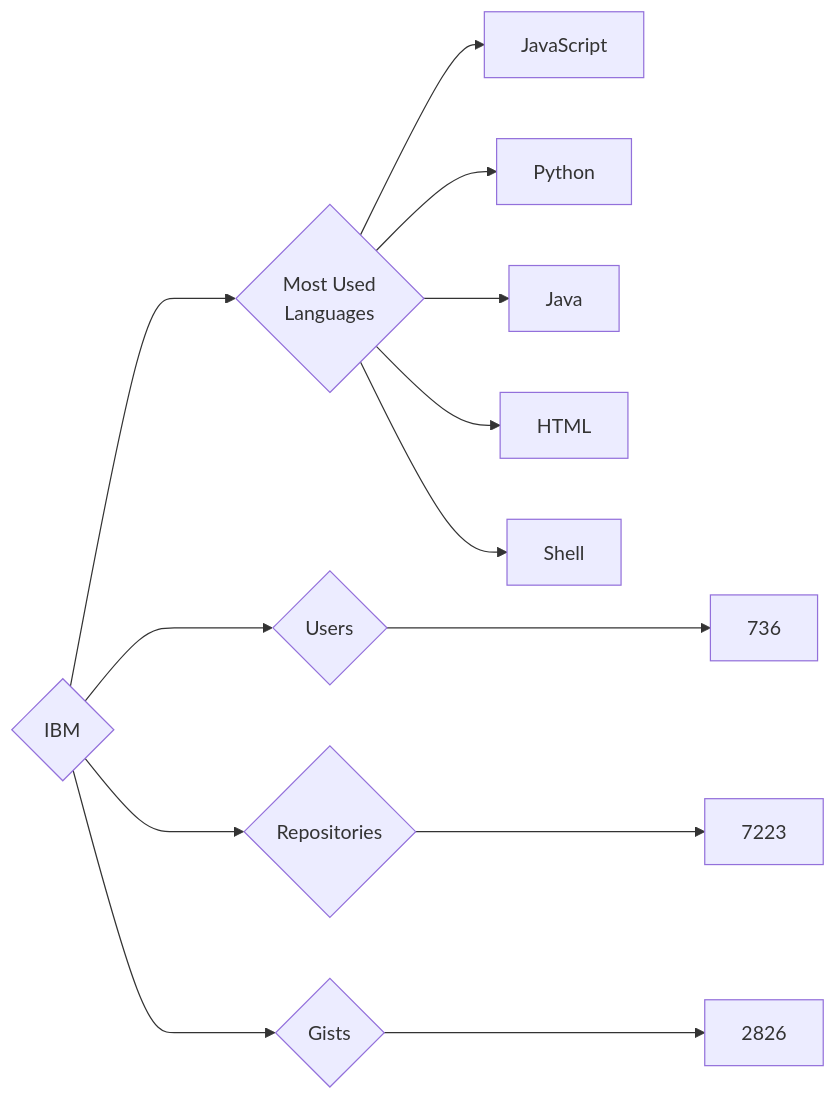
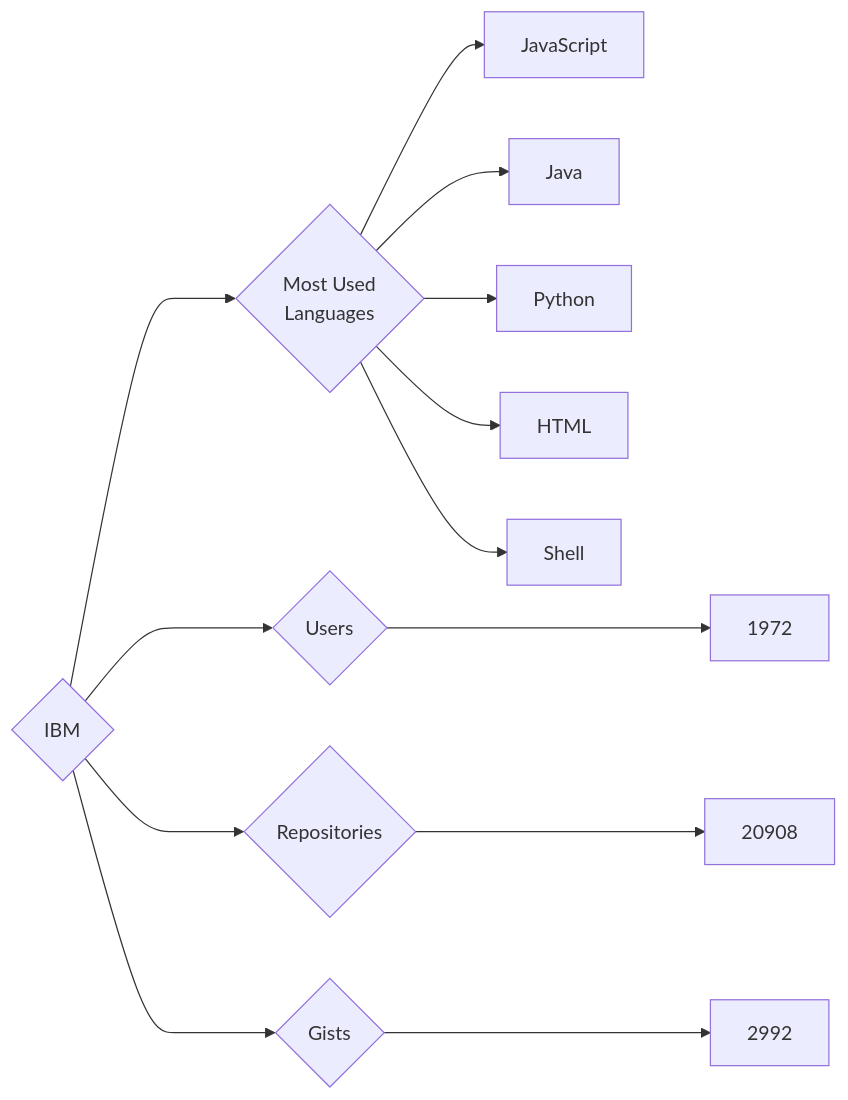
The diagram in targets/IBM/README.md (trickest/insiders), drawn with Mermaid before and after one commit. The commit also changed 912 other files, not shown here.

````diff
--- a/targets/IBM/README.md
+++ b/targets/IBM/README.md
@@ -3,13 +3,13 @@
 ```mermaid
 graph LR
 COMPANY_NAME{IBM}
-COMPANY_NAME ---> U{Users} ---> UN[736]
-COMPANY_NAME ---> R{Repositories} ---> RN[7223]
-COMPANY_NAME ---> G{Gists} ---> GN[2826]
+COMPANY_NAME ---> U{Users} ---> UN[1972]
+COMPANY_NAME ---> R{Repositories} ---> RN[20908]
+COMPANY_NAME ---> G{Gists} ---> GN[2992]
 COMPANY_NAME ---> ML{Most Used<br>Languages}
 ML --> JavaScript[JavaScript]
+ML --> Java[Java]
 ML --> Python[Python]
-ML --> Java[Java]
 ML --> HTML[HTML]
 ML --> Shell[Shell]
 ```
````
